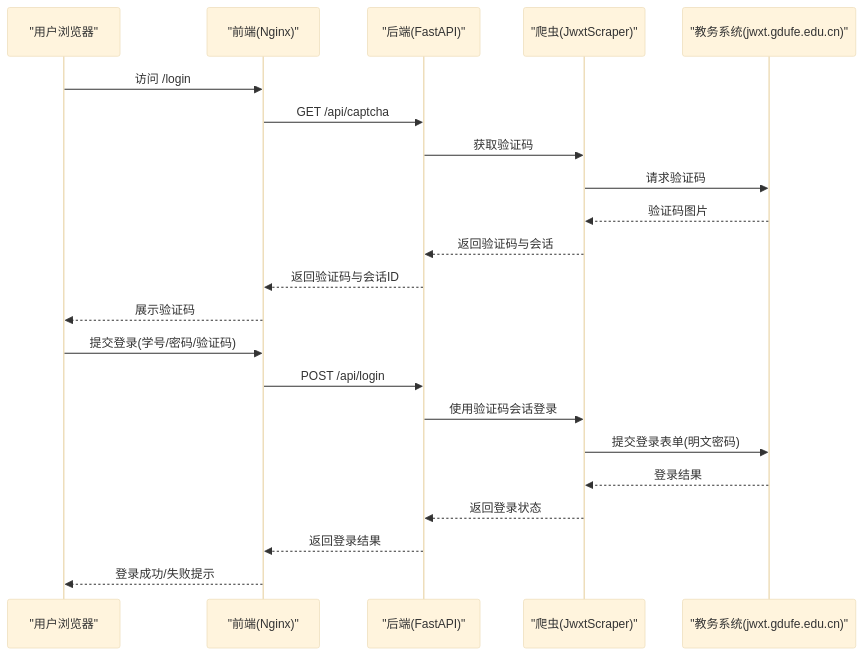
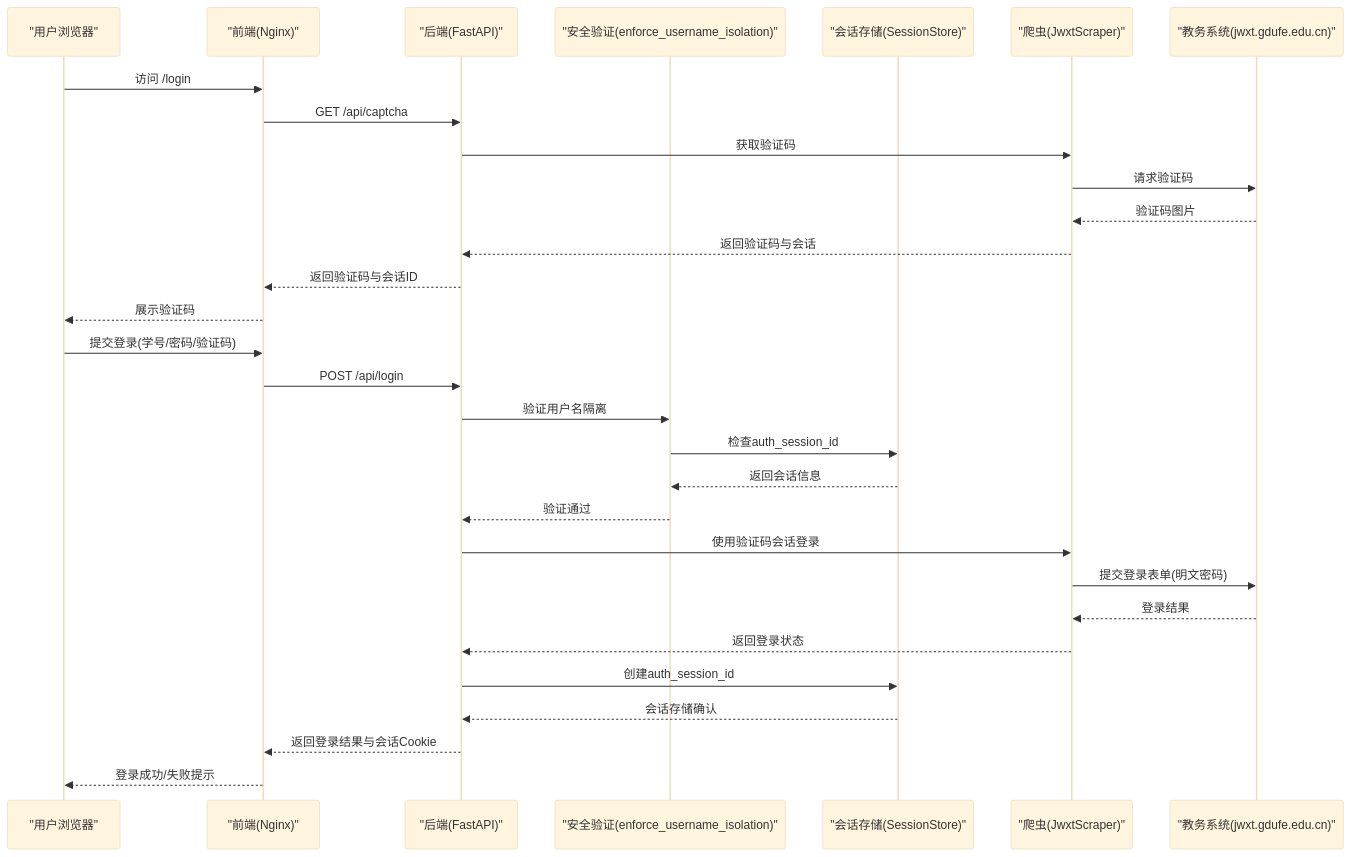
One commit to ghbbn053-ship-itsoulddog/soulddog changed the second of 5 diagrams in .qoder/repowiki/zh/content/部署与运维/安全加固.md. Above: the diagram before and after it, drawn with Mermaid (base theme). The commit also changed other lines of this file and 119 other files, not shown here.

````diff
--- a/.qoder/repowiki/zh/content/部署与运维/安全加固.md
+++ b/.qoder/repowiki/zh/content/部署与运维/安全加固.md
@@ -106,24 +129,32 @@
 ```mermaid
 sequenceDiagram
 participant U as "用户浏览器"
 participant FE as "前端(Nginx)"
 participant API as "后端(FastAPI)"
+participant SEC as "安全验证(enforce_username_isolation)"
+participant STORE as "会话存储(SessionStore)"
 participant SCR as "爬虫(JwxtScraper)"
 participant EXT as "教务系统(jwxt.gdufe.edu.cn)"
 U->>FE : 访问 /login
 FE->>API : GET /api/captcha
 API->>SCR : 获取验证码
 SCR->>EXT : 请求验证码
 EXT-->>SCR : 验证码图片
 SCR-->>API : 返回验证码与会话
 API-->>FE : 返回验证码与会话ID
 FE-->>U : 展示验证码
 U->>FE : 提交登录(学号/密码/验证码)
 FE->>API : POST /api/login
+API->>SEC : 验证用户名隔离
+SEC->>STORE : 检查auth_session_id
+STORE-->>SEC : 返回会话信息
+SEC-->>API : 验证通过
 API->>SCR : 使用验证码会话登录
 SCR->>EXT : 提交登录表单(明文密码)
 EXT-->>SCR : 登录结果
 SCR-->>API : 返回登录状态
-API-->>FE : 返回登录结果
+API->>STORE : 创建auth_session_id
+STORE-->>API : 会话存储确认
+API-->>FE : 返回登录结果与会话Cookie
 FE-->>U : 登录成功/失败提示
 ```
````
